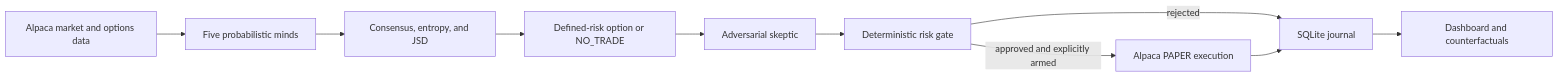
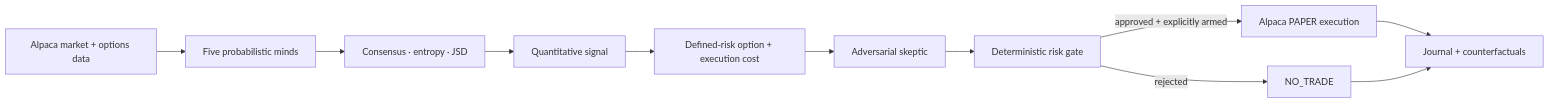
One commit to Futurecontingents/lyceum-ai-trading changed the diagram in README.md. Above: the diagram before and after it, drawn with Mermaid. The commit also changed other lines of this file and 23 other files, not shown here.

````diff
--- a/README.md
+++ b/README.md
@@ -28,12 +39,13 @@
 ```mermaid
 flowchart LR
-    A["Alpaca market and options data"] --> B["Five probabilistic minds"]
-    B --> C["Consensus, entropy, and JSD"]
-    C --> D["Defined-risk option or NO_TRADE"]
-    D --> E["Adversarial skeptic"]
-    E --> F["Deterministic risk gate"]
-    F -->|approved and explicitly armed| G["Alpaca PAPER execution"]
-    F -->|rejected| H["SQLite journal"]
-    G --> H
-    H --> I["Dashboard and counterfactuals"]
+    A["Alpaca market + options data"] --> B["Five probabilistic minds"]
+    B --> C["Consensus · entropy · JSD"]
+    C --> D["Quantitative signal"]
+    D --> E["Defined-risk option + execution cost"]
+    E --> F["Adversarial skeptic"]
+    F --> G["Deterministic risk gate"]
+    G -->|approved + explicitly armed| H["Alpaca PAPER execution"]
+    G -->|rejected| I["NO_TRADE"]
+    H --> J["Journal + counterfactuals"]
+    I --> J
 ```
````
